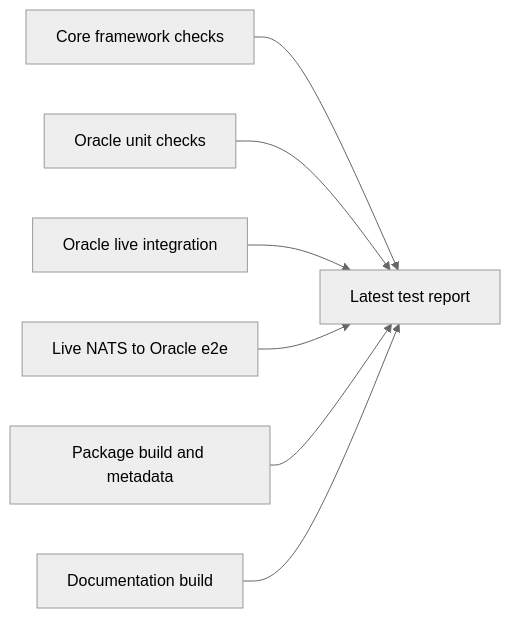
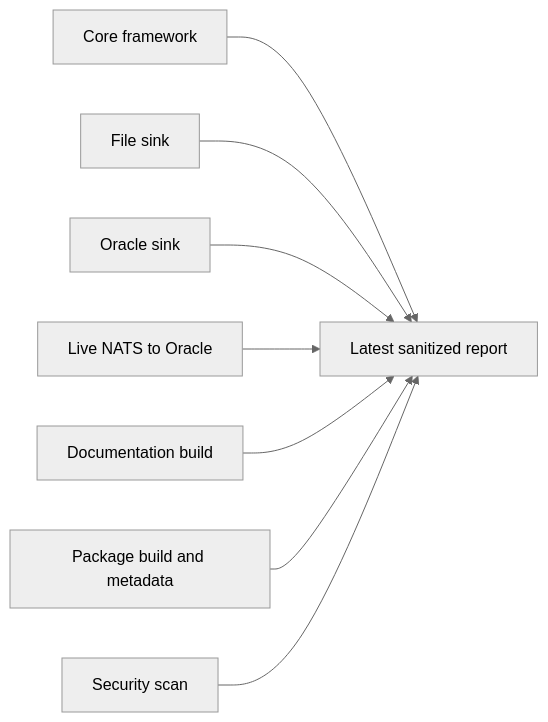
The first of 4 diagrams in docs/test-report.md (ProjectCuillin/nats-sinks), drawn with Mermaid (neutral theme) before and after one commit. The commit also changed other lines of this file and 53 other files, not shown here.

````diff
--- a/docs/test-report.md
+++ b/docs/test-report.md
@@ -29,9 +29,10 @@
 ```mermaid
 flowchart LR
-    Core[Core framework checks] --> Report[Latest test report]
-    OracleUnit[Oracle unit checks] --> Report
-    OracleLive[Oracle live integration] --> Report
-    E2E[Live NATS to Oracle e2e] --> Report
+    Core[Core framework] --> Report[Latest sanitized report]
+    File[File sink] --> Report
+    Oracle[Oracle sink] --> Report
+    E2E[Live NATS to Oracle] --> Report
+    Docs[Documentation build] --> Report
     Package[Package build and metadata] --> Report
-    Docs[Documentation build] --> Report
+    Security[Security scan] --> Report
 ```
````
